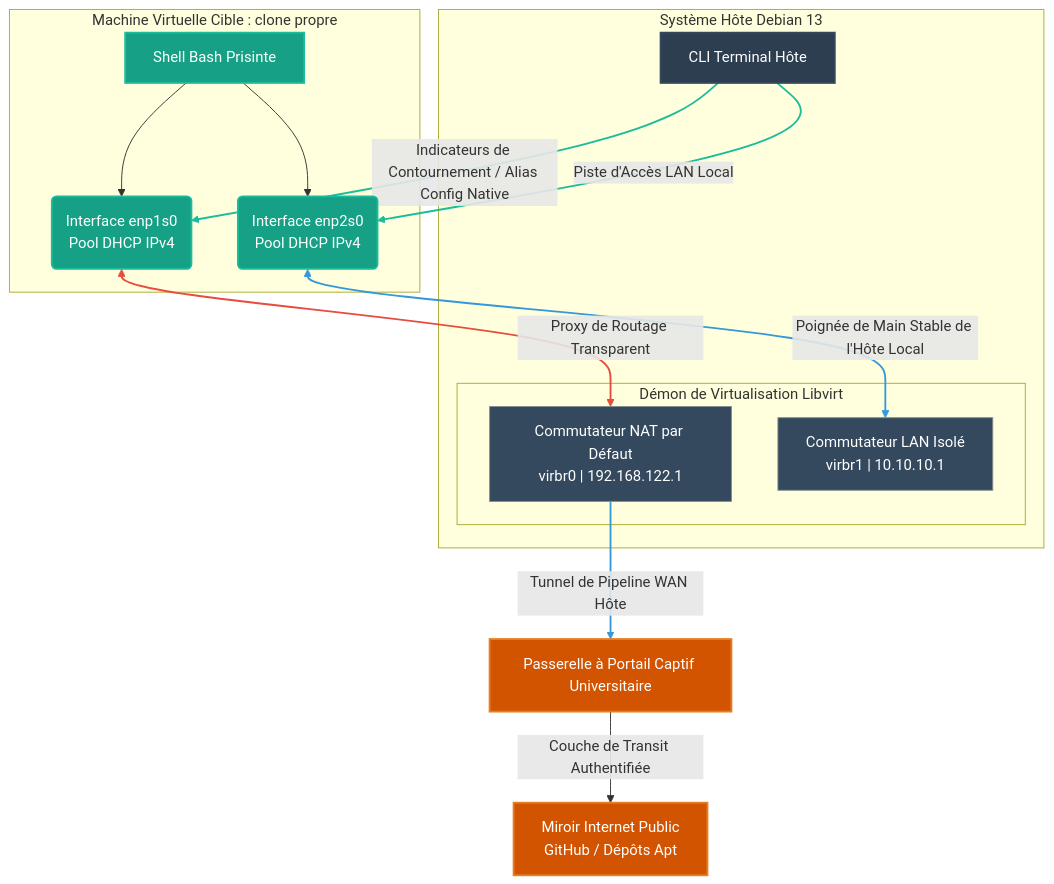
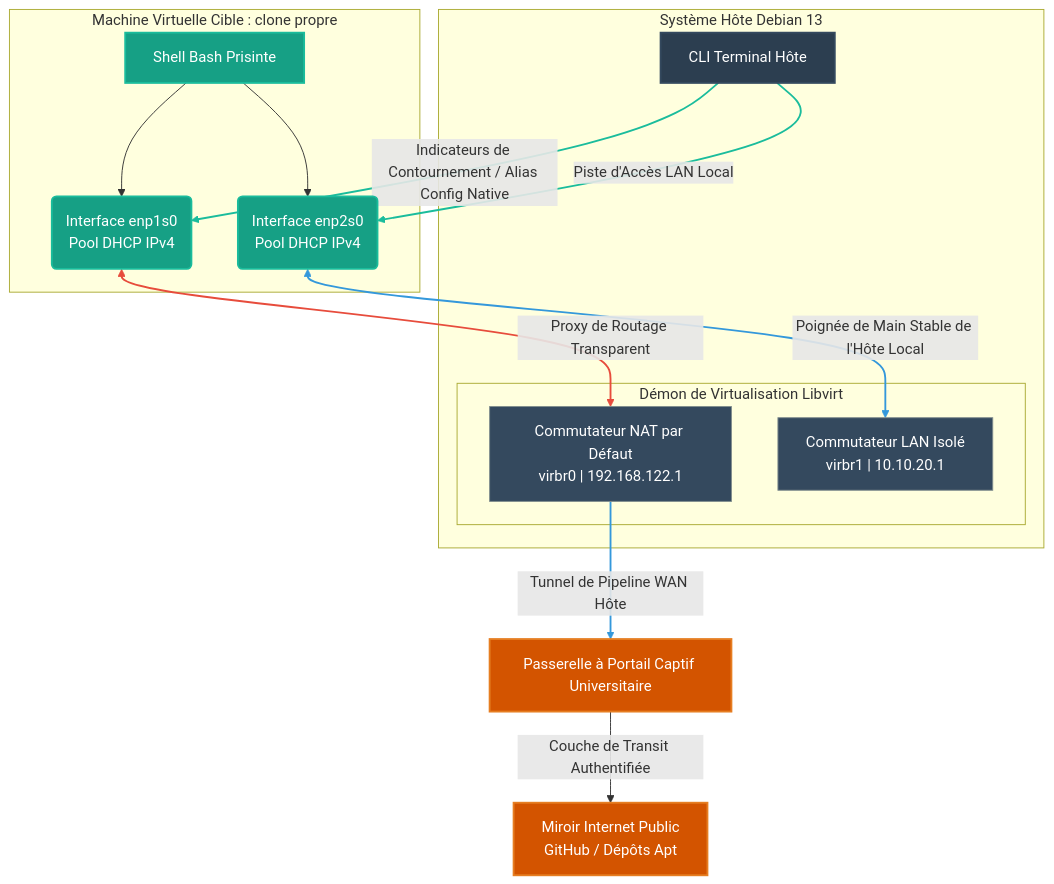
One commit to bsmmm/besu-IAC changed the diagram in docs/05-operations-reseau-lan.md. Above: the diagram before and after it, drawn with Mermaid. The commit also changed other lines of this file and 4 other files, not shown here.

````diff
--- a/docs/05-operations-reseau-lan.md
+++ b/docs/05-operations-reseau-lan.md
@@ -23,46 +23,46 @@
 ```mermaid
 graph TD
     %% Define Node Styles
     classDef host fill:#2c3e50,stroke:#34495e,stroke-width:2px,color:#fff;
     classDef internal fill:#34495e,stroke:#7f8c8d,stroke-width:1px,color:#fff;
     classDef vm fill:#16a085,stroke:#1abc9c,stroke-width:2px,color:#fff;
     classDef external fill:#d35400,stroke:#e67e22,stroke-width:2px,color:#fff;
 
     %% Elements
     subgraph Host_Laptop ["Système Hôte Debian 13"]
         Host_CLI["CLI Terminal Hôte"]:::host
         
         subgraph Libvirt_Engine ["Démon de Virtualisation Libvirt"]
             Default_NAT["Commutateur NAT par Défaut\nvirbr0 | 192.168.122.1"]:::internal
-            Iso_LAN["Commutateur LAN Isolé\nvirbr1 | 10.10.10.1"]:::internal
+            Iso_LAN["Commutateur LAN Isolé\nvirbr1 | 10.10.20.1"]:::internal
         end
     end
 
     subgraph Guest_Target ["Machine Virtuelle Cible : clone propre"]
         VM_Shell["Shell Bash Prisinte"]:::vm
         NIC_1("Interface enp1s0\nPool DHCP IPv4"):::vm
         NIC_2("Interface enp2s0\nPool DHCP IPv4"):::vm
     end
 
     Univ_Gate["Passerelle à Portail Captif Universitaire"]:::external
     Public_WAN["Miroir Internet Public\nGitHub / Dépôts Apt"]:::external
 
     %% Traffic Vectors
     Host_CLI -->|Indicateurs de Contournement / Alias Config Native| NIC_1
     Host_CLI -->|Piste d'Accès LAN Local| NIC_2
     
     VM_Shell --> NIC_1
     VM_Shell --> NIC_2
     
     NIC_2 <-->|Poignée de Main Stable de l'Hôte Local| Iso_LAN
     NIC_1 <-->|Proxy de Routage Transparent| Default_NAT
     
     Default_NAT -->|Tunnel de Pipeline WAN Hôte| Univ_Gate
     Univ_Gate -->|Couche de Transit Authentifiée| Public_WAN
 
     %% Links Formatting
     linkStyle 0,1 stroke:#1abc9c,stroke-width:2px;
     linkStyle 4,6 stroke:#3498db,stroke-width:2px;
     linkStyle 5 stroke:#e74c3c,stroke-width:2px;
 
 ```
````
